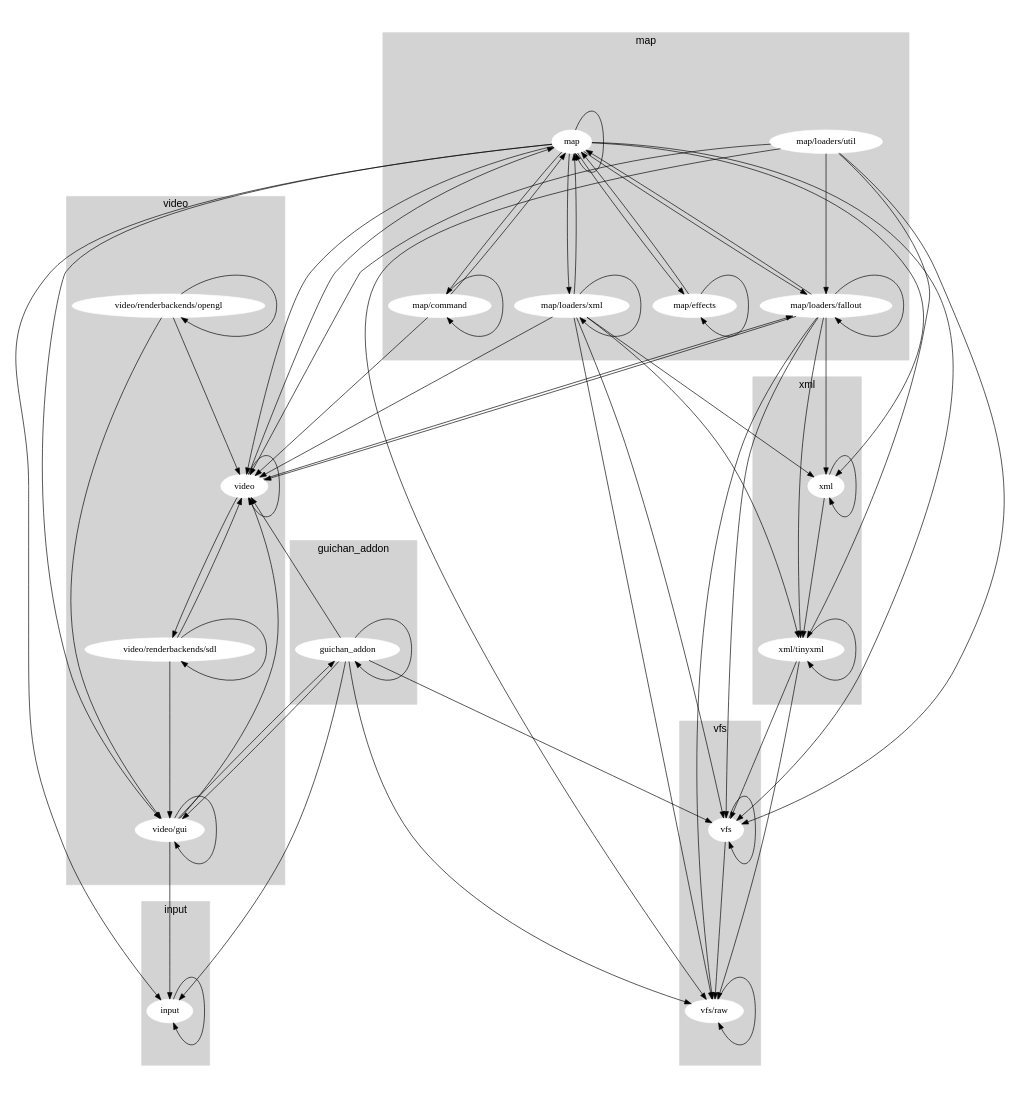
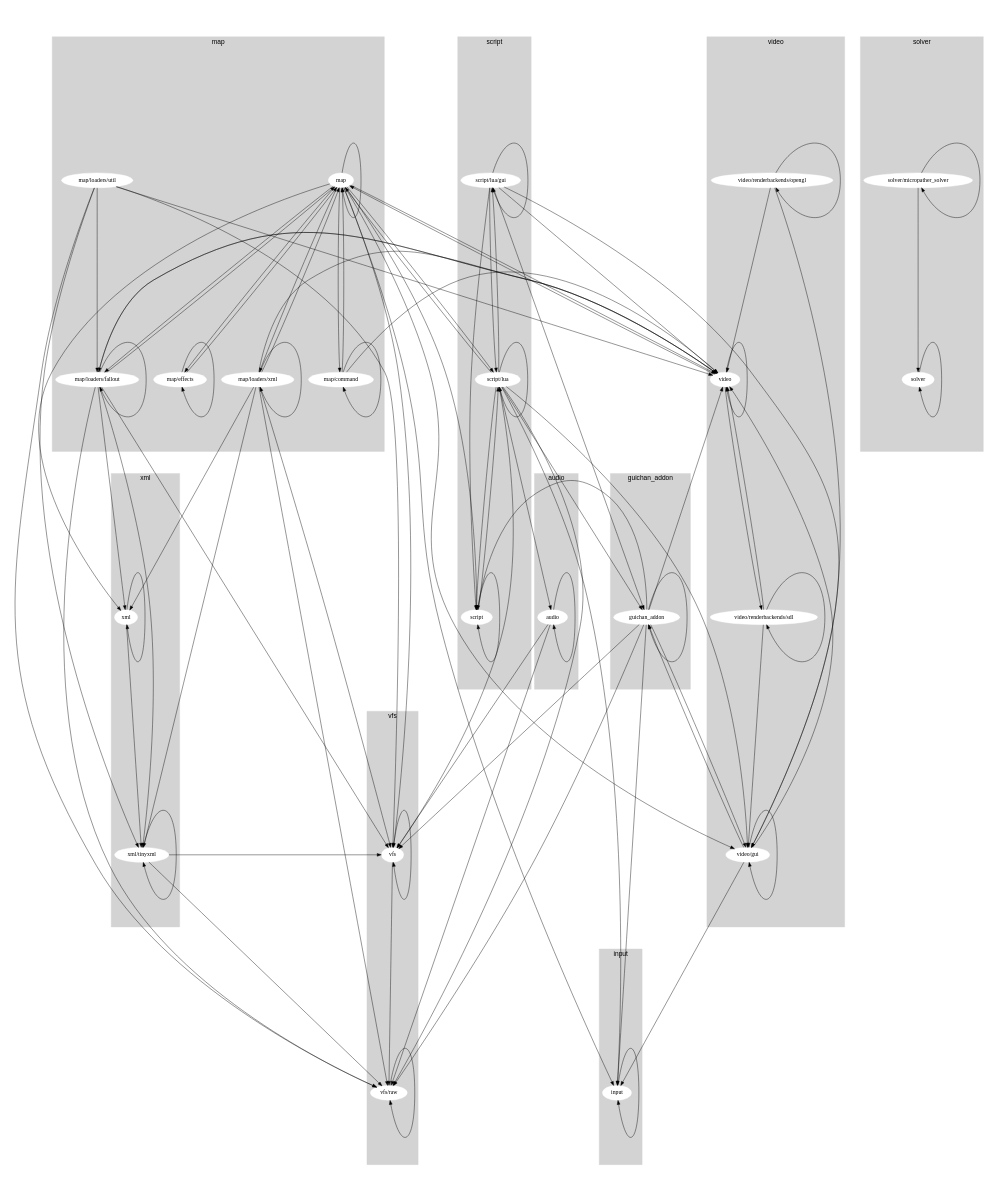
Before and after one commit to fifengine/fifengine: the diagram in doc/dependencies/dirdeps.dot, drawn with Graphviz. The commit also changed 5 other files, not shown here.

Commit message:
refined dependency scanner filters + added target decompostion dia diagram

```diff
--- a/doc/dependencies/dirdeps.dot
+++ b/doc/dependencies/dirdeps.dot
@@ -1,113 +1,161 @@
 digraph "source tree" {
     overlap=scale;
     size="8,10";
     ratio="fill";
     fontsize="16";
     fontname="Helvetica";
     clusterrank="local";
 subgraph cluster_0 {
     style=filled;
     color=lightgrey;
     node [style=filled,color=white];
     "xml"; "xml/tinyxml"
     label = "xml";
 }
 subgraph cluster_1 {
     style=filled;
     color=lightgrey;
     node [style=filled,color=white];
     "map"; "map/loaders/xml"; "map/command"; "map/loaders/fallout"; "map/effects"; "map/loaders/util"
     label = "map";
 }
 subgraph cluster_2 {
     style=filled;
     color=lightgrey;
     node [style=filled,color=white];
+    "script/lua/gui"; "script/lua"; "script"
+    label = "script";
+}
+subgraph cluster_3 {
+    style=filled;
+    color=lightgrey;
+    node [style=filled,color=white];
+    "solver/micropather_solver"; "solver"
+    label = "solver";
+}
+subgraph cluster_4 {
+    style=filled;
+    color=lightgrey;
+    node [style=filled,color=white];
     "guichan_addon"
     label = "guichan_addon";
 }
-subgraph cluster_3 {
+subgraph cluster_5 {
     style=filled;
     color=lightgrey;
     node [style=filled,color=white];
     "video"; "video/gui"; "video/renderbackends/opengl"; "video/renderbackends/sdl"
     label = "video";
 }
-subgraph cluster_4 {
+subgraph cluster_6 {
     style=filled;
     color=lightgrey;
     node [style=filled,color=white];
     "input"
     label = "input";
 }
-subgraph cluster_5 {
+subgraph cluster_7 {
+    style=filled;
+    color=lightgrey;
+    node [style=filled,color=white];
+    "audio"
+    label = "audio";
+}
+subgraph cluster_8 {
     style=filled;
     color=lightgrey;
     node [style=filled,color=white];
     "vfs"; "vfs/raw"
     label = "vfs";
 }
-    "xml" -> "xml"
-    "xml" -> "xml/tinyxml"
-    "map" -> "xml"
-    "map" -> "map"
-    "map" -> "map/loaders/xml"
-    "map" -> "map/command"
-    "map" -> "video/gui"
-    "map" -> "map/loaders/fallout"
-    "map" -> "video"
-    "map" -> "map/effects"
-    "map" -> "input"
-    "map" -> "vfs"
     "map/loaders/xml" -> "xml"
     "map/loaders/xml" -> "map"
     "map/loaders/xml" -> "map/loaders/xml"
     "map/loaders/xml" -> "xml/tinyxml"
     "map/loaders/xml" -> "vfs/raw"
     "map/loaders/xml" -> "video"
     "map/loaders/xml" -> "vfs"
+    "script/lua/gui" -> "video/gui"
+    "script/lua/gui" -> "script"
+    "script/lua/gui" -> "script/lua/gui"
+    "script/lua/gui" -> "script/lua"
+    "script/lua/gui" -> "guichan_addon"
+    "script/lua/gui" -> "video"
+    "video/renderbackends/opengl" -> "video/renderbackends/opengl"
+    "video/renderbackends/opengl" -> "video/gui"
+    "video/renderbackends/opengl" -> "video"
+    "xml" -> "xml"
+    "xml" -> "xml/tinyxml"
     "map/command" -> "map"
     "map/command" -> "map/command"
     "map/command" -> "video"
     "video/gui" -> "video"
     "video/gui" -> "video/gui"
     "video/gui" -> "input"
     "video/gui" -> "guichan_addon"
-    "video/renderbackends/sdl" -> "video/gui"
-    "video/renderbackends/sdl" -> "video"
-    "video/renderbackends/sdl" -> "video/renderbackends/sdl"
+    "script" -> "script/lua"
+    "script" -> "script"
     "map/loaders/fallout" -> "xml"
     "map/loaders/fallout" -> "map"
     "map/loaders/fallout" -> "map/loaders/fallout"
     "map/loaders/fallout" -> "xml/tinyxml"
     "map/loaders/fallout" -> "vfs/raw"
     "map/loaders/fallout" -> "video"
     "map/loaders/fallout" -> "vfs"
+    "script/lua" -> "map"
+    "script/lua" -> "video/gui"
+    "script/lua" -> "script"
+    "script/lua" -> "script/lua/gui"
+    "script/lua" -> "script/lua"
+    "script/lua" -> "guichan_addon"
+    "script/lua" -> "vfs/raw"
+    "script/lua" -> "input"
+    "script/lua" -> "audio"
+    "script/lua" -> "vfs"
+    "solver/micropather_solver" -> "solver"
+    "solver/micropather_solver" -> "solver/micropather_solver"
+    "xml/tinyxml" -> "vfs"
+    "xml/tinyxml" -> "xml/tinyxml"
+    "xml/tinyxml" -> "vfs/raw"
+    "vfs/raw" -> "vfs/raw"
+    "input" -> "input"
+    "map" -> "xml"
+    "map" -> "map"
+    "map" -> "map/loaders/xml"
+    "map" -> "map/command"
+    "map" -> "video/gui"
+    "map" -> "script"
+    "map" -> "map/loaders/fallout"
+    "map" -> "script/lua"
+    "map" -> "video"
+    "map" -> "map/effects"
+    "map" -> "input"
+    "map" -> "vfs"
+    "map/effects" -> "map"
+    "map/effects" -> "map/effects"
+    "video/renderbackends/sdl" -> "video/gui"
+    "video/renderbackends/sdl" -> "video"
+    "video/renderbackends/sdl" -> "video/renderbackends/sdl"
+    "solver" -> "solver"
     "guichan_addon" -> "video/gui"
+    "guichan_addon" -> "script"
     "guichan_addon" -> "guichan_addon"
     "guichan_addon" -> "video"
     "guichan_addon" -> "vfs/raw"
     "guichan_addon" -> "input"
     "guichan_addon" -> "vfs"
-    "video/renderbackends/opengl" -> "video/renderbackends/opengl"
-    "video/renderbackends/opengl" -> "video/gui"
-    "video/renderbackends/opengl" -> "video"
-    "map/effects" -> "map"
-    "map/effects" -> "map/effects"
-    "vfs/raw" -> "vfs/raw"
     "video" -> "map/loaders/fallout"
     "video" -> "map"
     "video" -> "video"
     "video" -> "video/renderbackends/sdl"
     "map/loaders/util" -> "map/loaders/fallout"
     "map/loaders/util" -> "vfs"
     "map/loaders/util" -> "xml/tinyxml"
     "map/loaders/util" -> "video"
     "map/loaders/util" -> "vfs/raw"
-    "xml/tinyxml" -> "vfs"
-    "xml/tinyxml" -> "xml/tinyxml"
-    "xml/tinyxml" -> "vfs/raw"
+    "audio" -> "audio"
+    "audio" -> "vfs"
+    "audio" -> "vfs/raw"
     "vfs" -> "vfs"
     "vfs" -> "vfs/raw"
-    "input" -> "input"
 }
```
